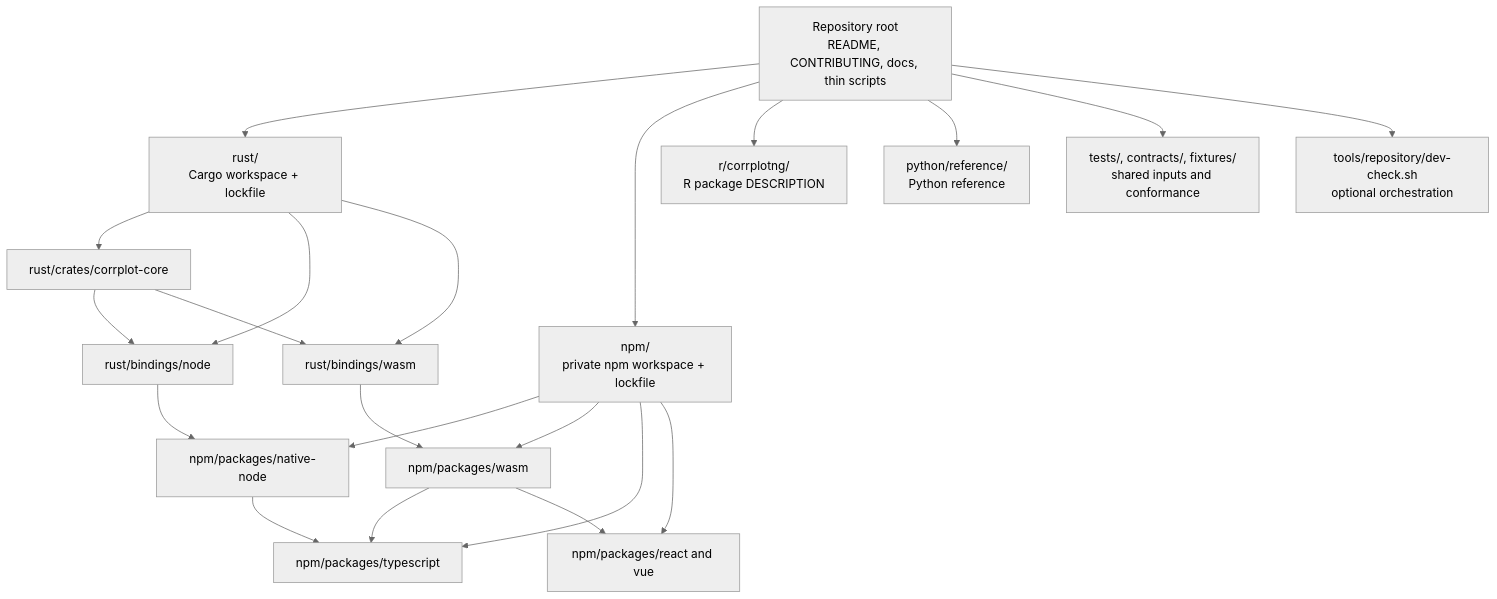
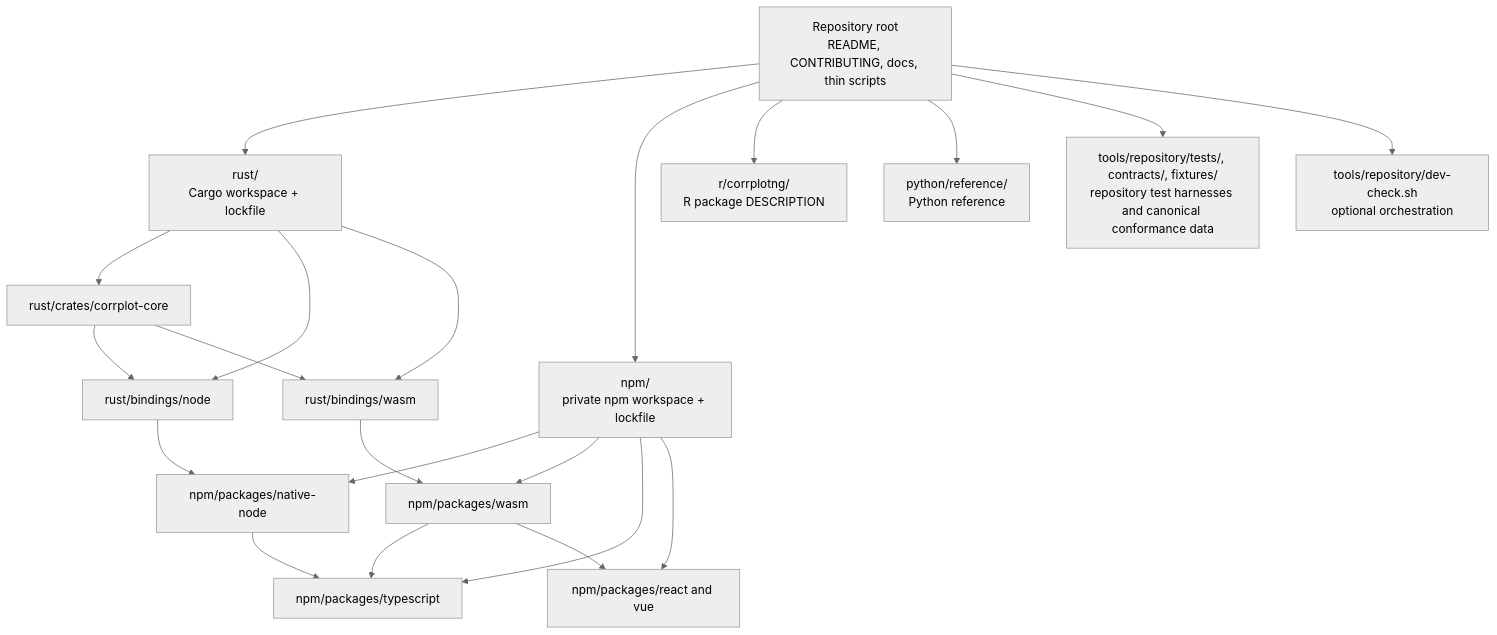
Before and after one commit to vsimko/corrplot-ng: the diagram in docs/development.md, drawn with Mermaid (neutral theme).

Commit message:
refactor: update docs/development.md for test and fixture ownership

````diff
--- a/docs/development.md
+++ b/docs/development.md
@@ -39,24 +39,24 @@
 ```mermaid
 flowchart TB
     ROOT["Repository root\nREADME, CONTRIBUTING, docs, thin scripts"]
     ROOT --> RUST["rust/\nCargo workspace + lockfile"]
     ROOT --> NPM["npm/\nprivate npm workspace + lockfile"]
     ROOT --> RPKG["r/corrplotng/\nR package DESCRIPTION"]
     ROOT --> PY["python/reference/\nPython reference"]
-    ROOT --> TESTS["tests/, contracts/, fixtures/\nshared inputs and conformance"]
+    ROOT --> TESTS["tools/repository/tests/, contracts/, fixtures/\nrepository test harnesses and canonical conformance data"]
     ROOT --> ORCH["tools/repository/dev-check.sh\noptional orchestration"]
     RUST --> CORE["rust/crates/corrplot-core"]
     RUST --> NODE_BINDING["rust/bindings/node"]
     RUST --> WASM_BINDING["rust/bindings/wasm"]
     NPM --> NATIVE_PKG["npm/packages/native-node"]
     NPM --> WASM_PKG["npm/packages/wasm"]
     NPM --> TS_PKG["npm/packages/typescript"]
     NPM --> FRAME_PKG["npm/packages/react and vue"]
     CORE --> NODE_BINDING
     CORE --> WASM_BINDING
     NODE_BINDING --> NATIVE_PKG
     WASM_BINDING --> WASM_PKG
     NATIVE_PKG --> TS_PKG
     WASM_PKG --> TS_PKG
     WASM_PKG --> FRAME_PKG
 ```
````
